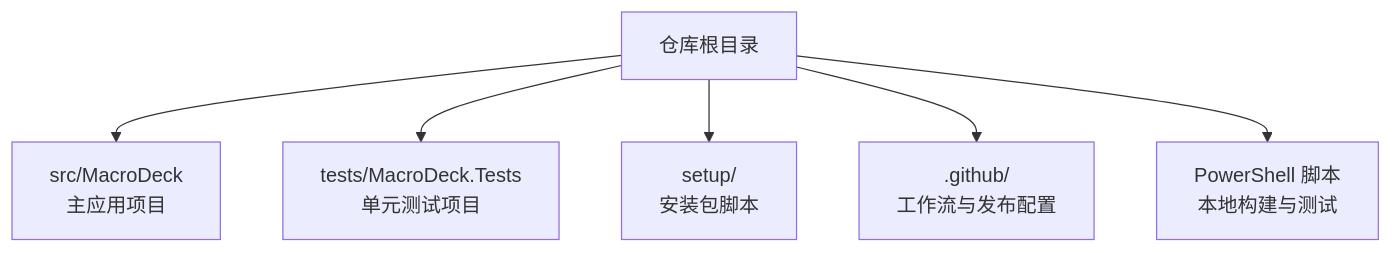
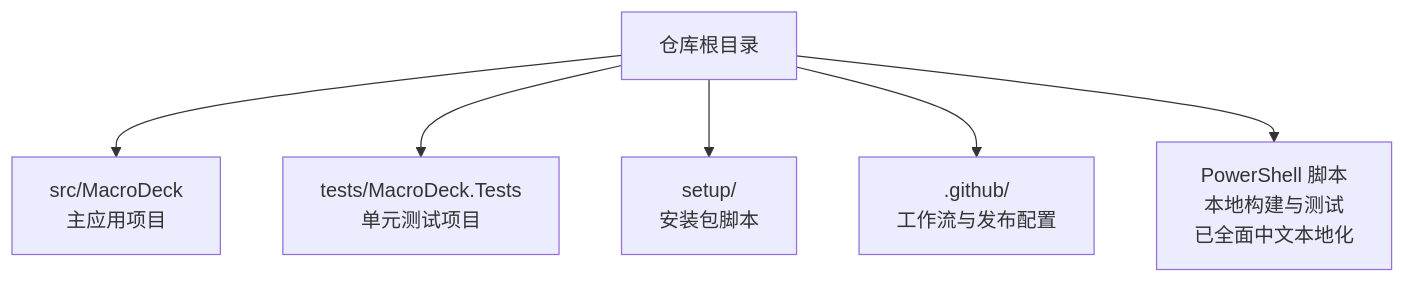
One commit to tea4go/Macro-Deck changed the first of 4 diagrams in .qoder/repowiki/zh/content/开发者指南/开发者指南.md. Above: the diagram before and after it, drawn with Mermaid. The commit also changed other lines of this file and 146 other files, not shown here.

````diff
--- a/.qoder/repowiki/zh/content/开发者指南/开发者指南.md
+++ b/.qoder/repowiki/zh/content/开发者指南/开发者指南.md
@@ -52,14 +53,14 @@
 ```mermaid
 graph TB
 Root["仓库根目录"]
 Src["src/MacroDeck<br/>主应用项目"]
 Tests["tests/MacroDeck.Tests<br/>单元测试项目"]
 Setup["setup/<br/>安装包脚本"]
 GH[".github/<br/>工作流与发布配置"]
-PS["PowerShell 脚本<br/>本地构建与测试"]
+PS["PowerShell 脚本<br/>本地构建与测试<br/>已全面中文本地化"]
 Root --> Src
 Root --> Tests
 Root --> Setup
 Root --> GH
 Root --> PS
 ```
````
